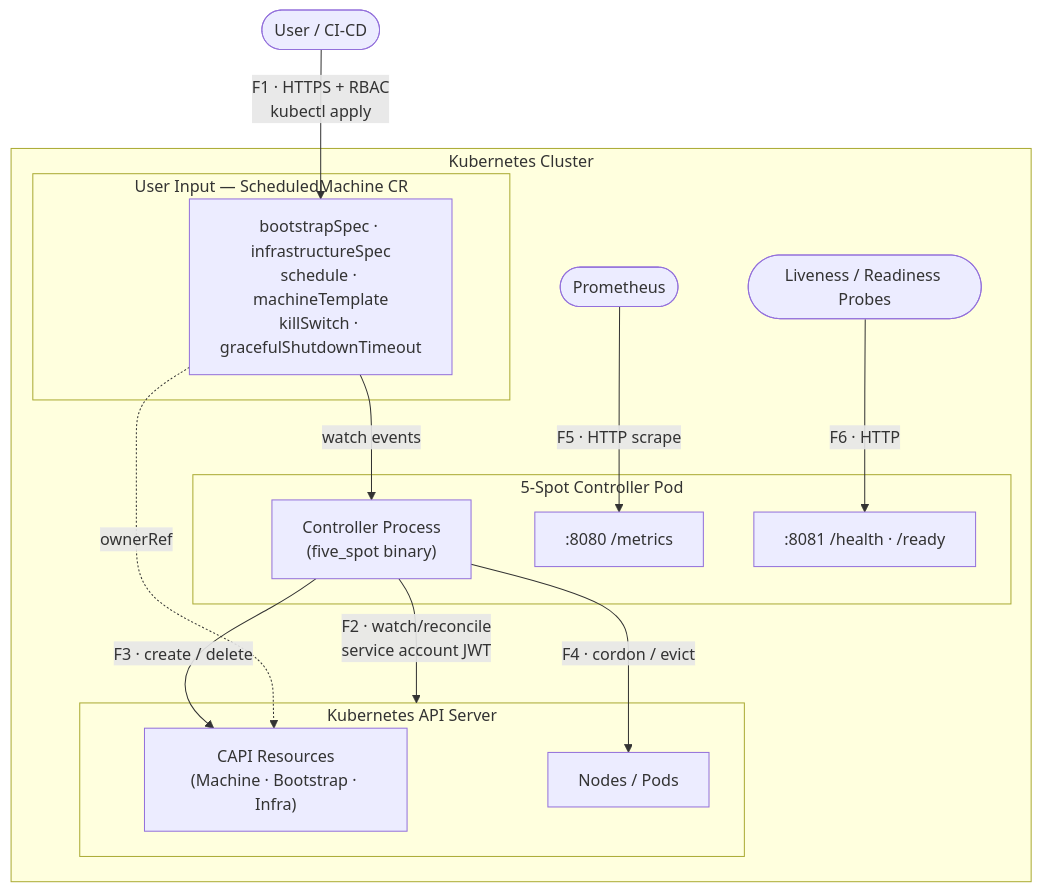
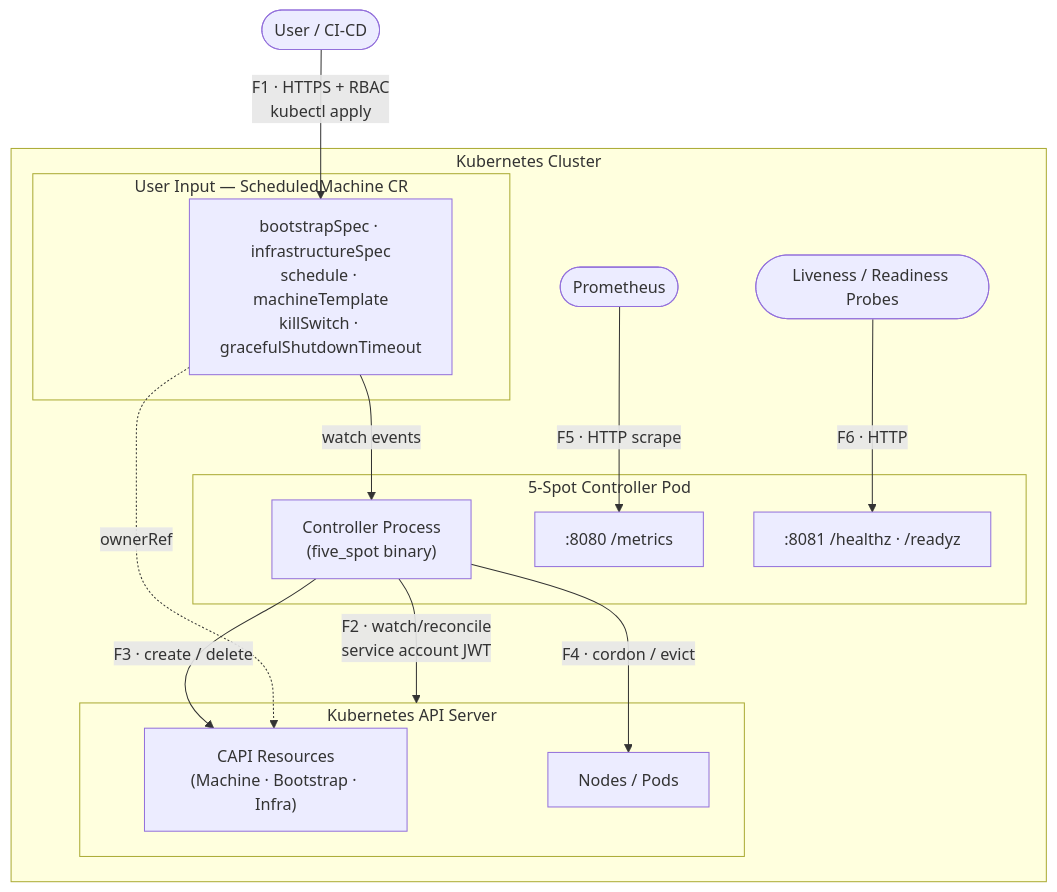
One commit to RBC/5-spot changed the first of 2 diagrams in docs/src/security/threat-model.md. Above: the diagram before and after it, drawn with Mermaid. The commit also changed other lines of this file and 67 other files, not shown here.

````diff
--- a/docs/src/security/threat-model.md
+++ b/docs/src/security/threat-model.md
@@ -32,33 +32,33 @@
 ```mermaid
 flowchart TB
     User(["User / CI-CD"])
 
     subgraph cluster["Kubernetes Cluster"]
         subgraph ctrl["5-Spot Controller Pod"]
             C["Controller Process\n(five_spot binary)"]
             M[":8080 /metrics"]
-            H[":8081 /health · /ready"]
+            H[":8081 /healthz · /readyz"]
         end
 
         subgraph input["User Input — ScheduledMachine CR"]
             SM["bootstrapSpec · infrastructureSpec\nschedule · machineTemplate\nkillSwitch · gracefulShutdownTimeout"]
         end
 
         subgraph api["Kubernetes API Server"]
             CAPI["CAPI Resources\n(Machine · Bootstrap · Infra)"]
             NP["Nodes / Pods"]
         end
 
         Prom(["Prometheus"])
         Probes(["Liveness / Readiness Probes"])
     end
 
     User -->|"F1 · HTTPS + RBAC\nkubectl apply"| SM
     SM -->|watch events| C
     C -->|"F2 · watch/reconcile\nservice account JWT"| api
     C -->|"F3 · create / delete"| CAPI
     C -->|"F4 · cordon / evict"| NP
     SM -.->|ownerRef| CAPI
     Prom -->|"F5 · HTTP scrape"| M
     Probes -->|"F6 · HTTP"| H
 ```
````
